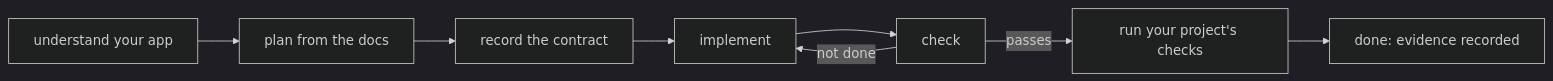
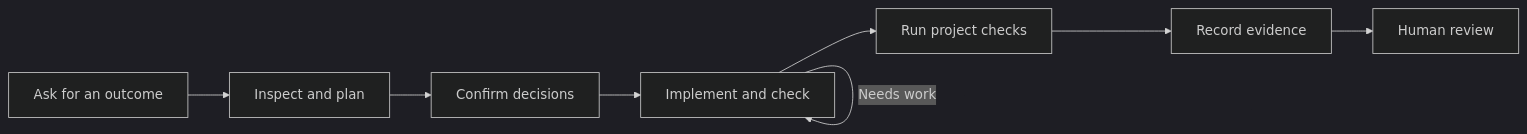
The diagram in ai-mcp/vise/how-it-works.mdx (AmityCo/social-plus-docs), drawn with Mermaid (dark theme) before and after one commit. The commit also changed other lines of this file and 13 other files, not shown here.

````diff
--- a/ai-mcp/vise/how-it-works.mdx
+++ b/ai-mcp/vise/how-it-works.mdx
@@ -12,10 +10,10 @@
 ```mermaid
 flowchart LR
-  A[understand your app] --> B[plan from the docs]
-  B --> C[record the contract]
-  C --> D[implement]
-  D --> E[check]
-  E -->|not done| D
-  E -->|passes| F[run your project's checks]
-  F --> G[done: evidence recorded]
+  A[Ask for an outcome] --> B[Inspect and plan]
+  B --> C[Confirm decisions]
+  C --> D[Implement and check]
+  D -->|Needs work| D
+  D --> E[Run project checks]
+  E --> F[Record evidence]
+  F --> G[Human review]
 ```
````
